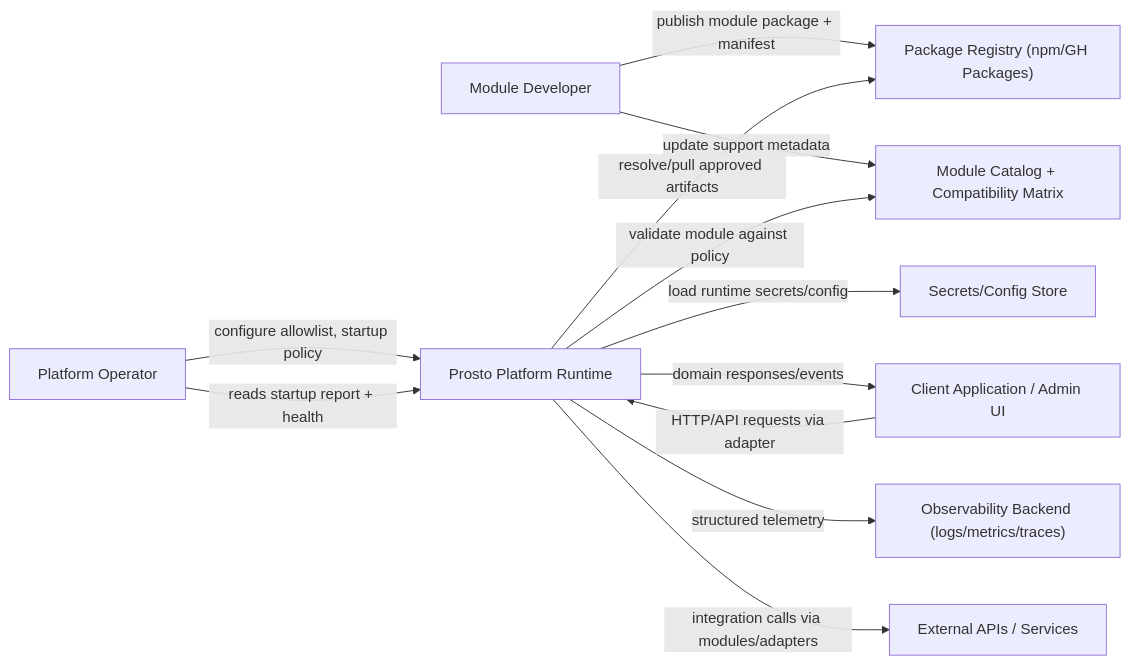
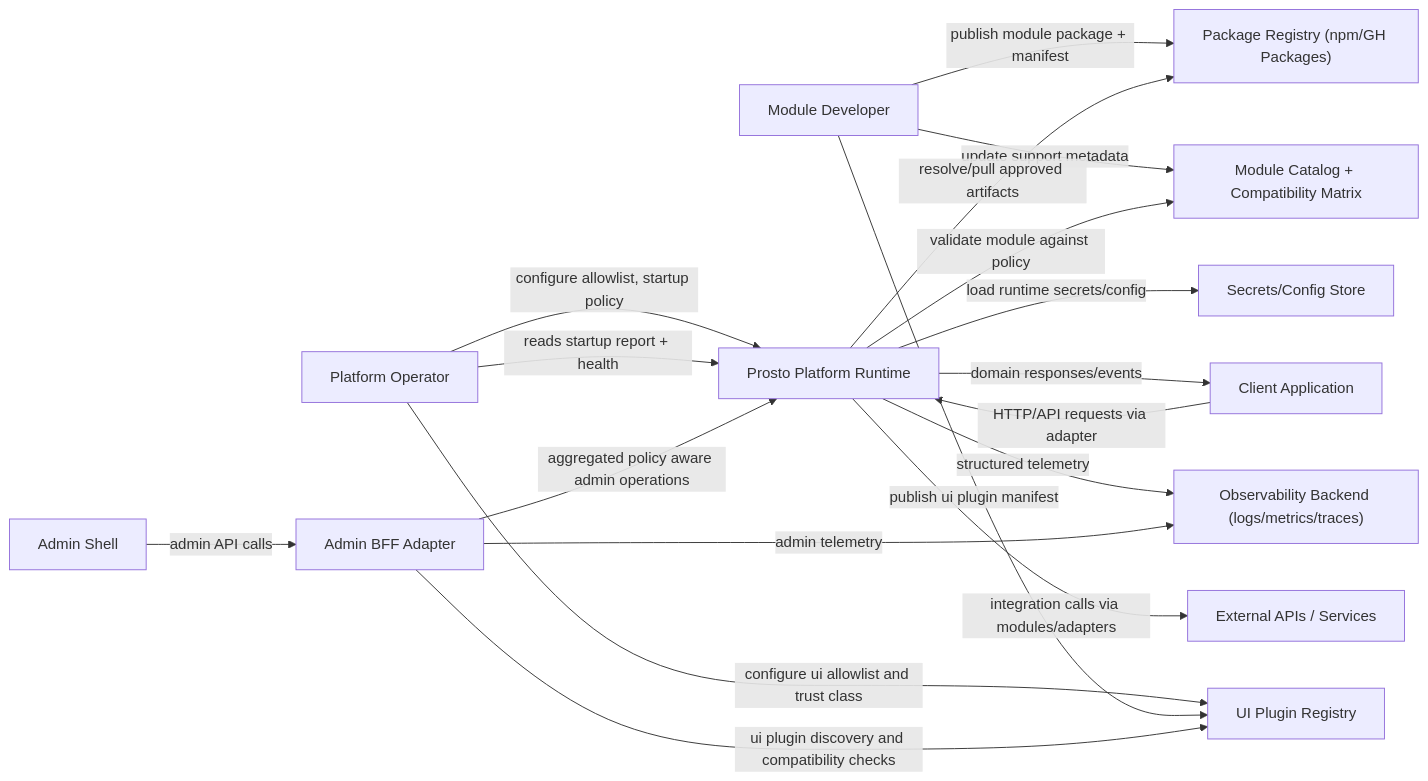
One commit to prosto-systems/prosto-platform changed the diagram in .context/02-architecture-design/c4/01-system-context.md. Above: the diagram before and after it, drawn with Mermaid. The commit also changed other lines of this file and 18 other files, not shown here.

````diff
--- a/.context/02-architecture-design/c4/01-system-context.md
+++ b/.context/02-architecture-design/c4/01-system-context.md
@@ -11,24 +11,33 @@
 ```mermaid
 flowchart LR
   Operator["Platform Operator"]
   Dev["Module Developer"]
-  Client["Client Application / Admin UI"]
+  Client["Client Application"]
+  Admin["Admin Shell"]
   Runtime["Prosto Platform Runtime"]
+  AdminBFF["Admin BFF Adapter"]
+  UIRegistry["UI Plugin Registry"]
   Registry["Package Registry (npm/GH Packages)"]
   Catalog["Module Catalog + Compatibility Matrix"]
   Secrets["Secrets/Config Store"]
   Obs["Observability Backend (logs/metrics/traces)"]
   ThirdParty["External APIs / Services"]
 
   Operator -->|"configure allowlist, startup policy"| Runtime
+  Operator -->|"configure ui allowlist and trust class"| UIRegistry
   Operator -->|"reads startup report + health"| Runtime
   Dev -->|"publish module package + manifest"| Registry
+  Dev -->|"publish ui plugin manifest"| UIRegistry
   Dev -->|"update support metadata"| Catalog
   Runtime -->|"resolve/pull approved artifacts"| Registry
   Runtime -->|"validate module against policy"| Catalog
   Runtime -->|"load runtime secrets/config"| Secrets
   Client -->|"HTTP/API requests via adapter"| Runtime
   Runtime -->|"domain responses/events"| Client
   Runtime -->|"structured telemetry"| Obs
   Runtime -->|"integration calls via modules/adapters"| ThirdParty
+  Admin -->|"admin API calls"| AdminBFF
+  AdminBFF -->|"aggregated policy aware admin operations"| Runtime
+  AdminBFF -->|"ui plugin discovery and compatibility checks"| UIRegistry
+  AdminBFF -->|"admin telemetry"| Obs
 ```
````
